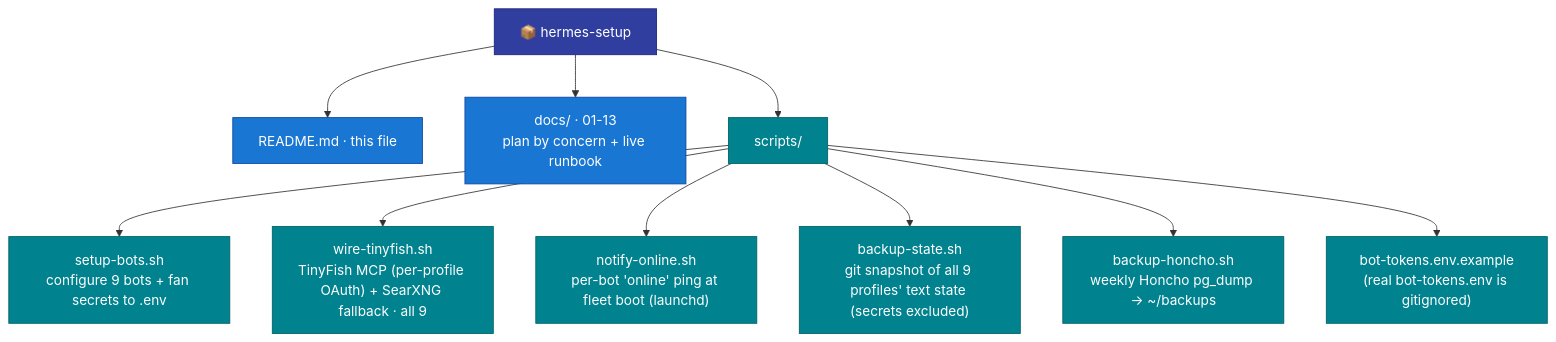
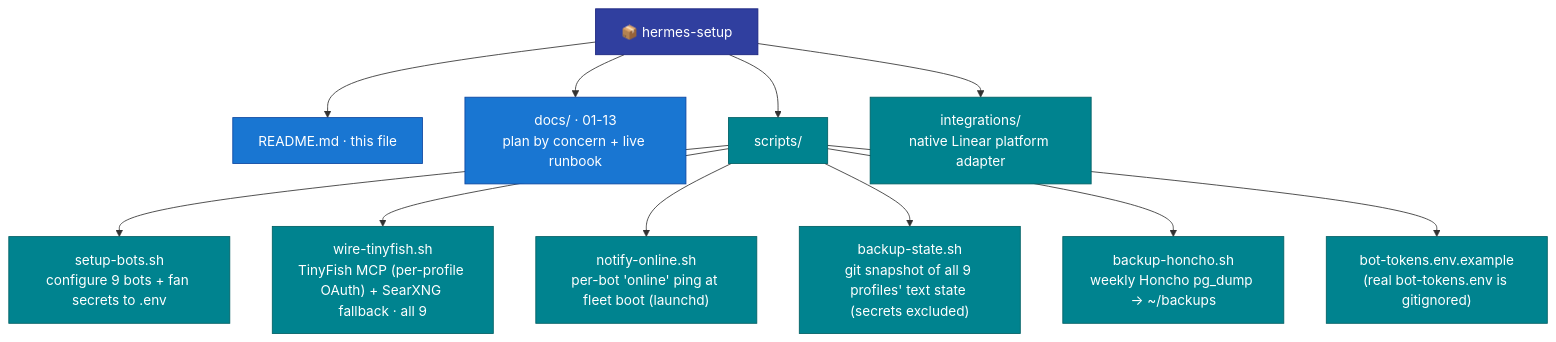
The fifth of 5 diagrams in README.md (mpolatcan/hermes-setup), drawn with Mermaid before and after one commit. The commit also changed other lines of this file and 9 other files, not shown here.

Commit message:
feat: add native Linear Agent Session platform

````diff
--- a/README.md
+++ b/README.md
@@ -260,16 +270,17 @@
 ```mermaid
 flowchart TB
     root["📦 hermes-setup"]:::root
     root --> readme["README.md · this file"]:::doc
     root --> docs["docs/ · 01-13<br/>plan by concern + live runbook"]:::doc
     root --> scripts["scripts/"]:::svc
+    root --> integrations["integrations/<br/>native Linear platform adapter"]:::svc
     scripts --> sb["setup-bots.sh<br/>configure 9 bots + fan secrets to .env"]:::svc
     scripts --> wt["wire-tinyfish.sh<br/>TinyFish MCP (per-profile OAuth) + SearXNG fallback · all 9"]:::svc
     scripts --> no["notify-online.sh<br/>per-bot 'online' ping at fleet boot (launchd)"]:::svc
     scripts --> bs["backup-state.sh<br/>git snapshot of all 9 profiles' text state (secrets excluded)"]:::svc
     scripts --> bh["backup-honcho.sh<br/>weekly Honcho pg_dump → ~/backups"]:::svc
     scripts --> ex["bot-tokens.env.example<br/>(real bot-tokens.env is gitignored)"]:::svc
     classDef root fill:#303F9F,stroke:#1A237E,color:#fff
     classDef doc fill:#1976D2,stroke:#0D47A1,color:#fff
     classDef svc fill:#00838F,stroke:#006064,color:#fff
 ```
````
